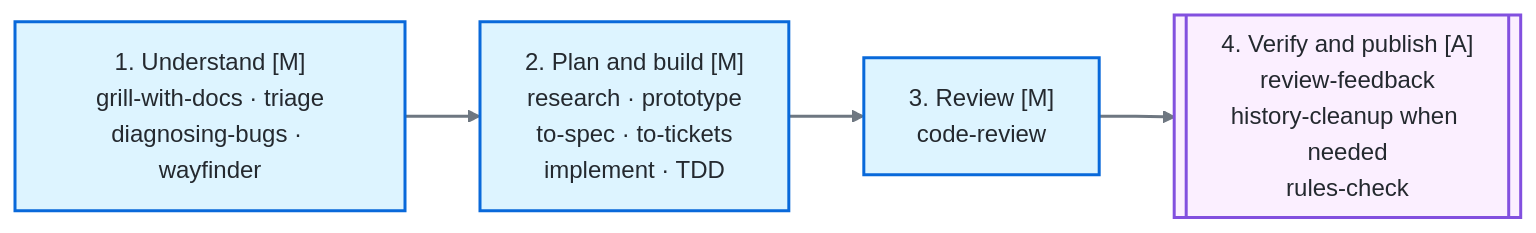
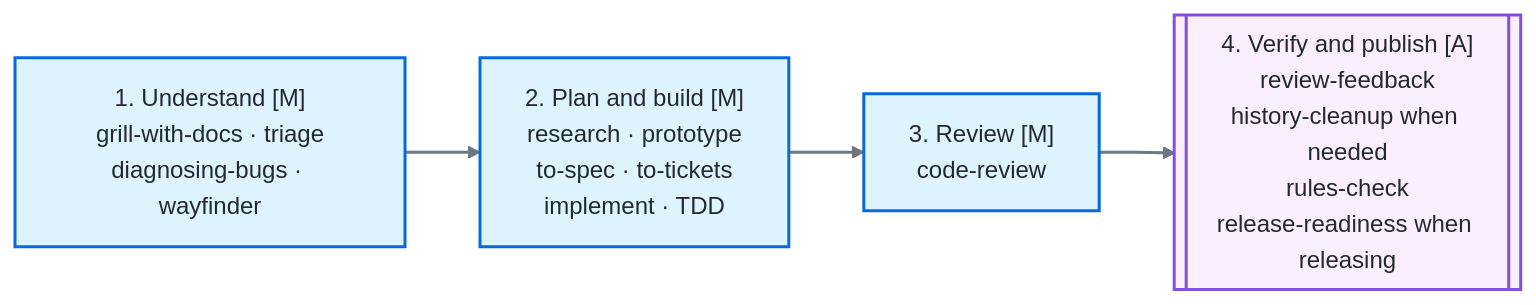
The diagram in docs/development-workflow.md (arloliu/agent-methods), drawn with Mermaid before and after one commit. The commit also changed other lines of this file and 9 other files, not shown here.

First line of the commit message:
feat(release-readiness): add release preparation and publication skill

````diff
--- a/docs/development-workflow.md
+++ b/docs/development-workflow.md
@@ -101,15 +103,15 @@
 ```mermaid
 flowchart LR
     understand["1. Understand [M]<br/>grill-with-docs · triage<br/>diagnosing-bugs · wayfinder"]
     build["2. Plan and build [M]<br/>research · prototype<br/>to-spec · to-tickets<br/>implement · TDD"]
     review["3. Review [M]<br/>code-review"]
-    verify[["4. Verify and publish [A]<br/>review-feedback<br/>history-cleanup when needed<br/>rules-check"]]
+    verify[["4. Verify and publish [A]<br/>review-feedback<br/>history-cleanup when needed<br/>rules-check<br/>release-readiness when releasing"]]
 
     understand --> build --> review --> verify
 
     classDef matt fill:#ddf4ff,stroke:#0969da,color:#24292f,stroke-width:2px
     classDef agent fill:#fbefff,stroke:#8250df,color:#24292f,stroke-width:2px
     class understand,build,review matt
     class verify agent
     linkStyle default stroke:#6e7781,stroke-width:2px
 ```
````
